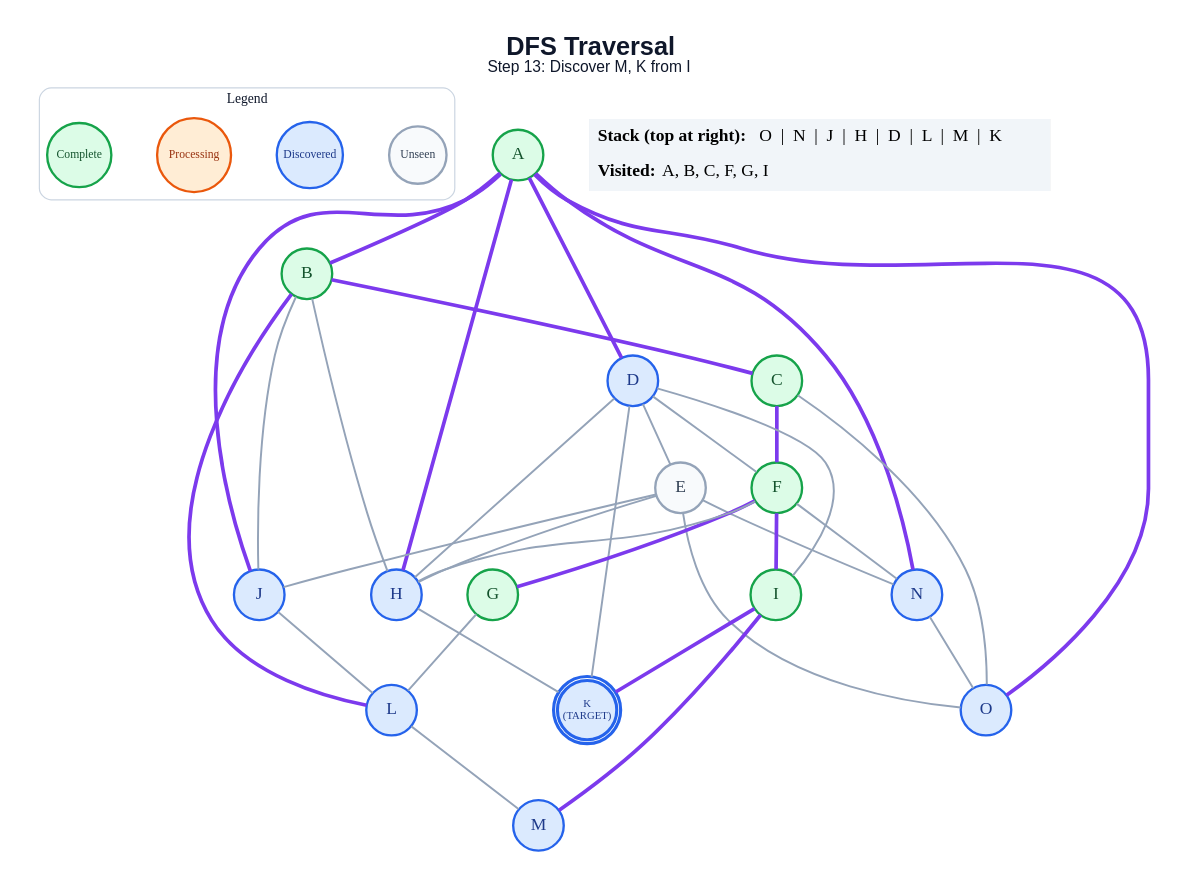
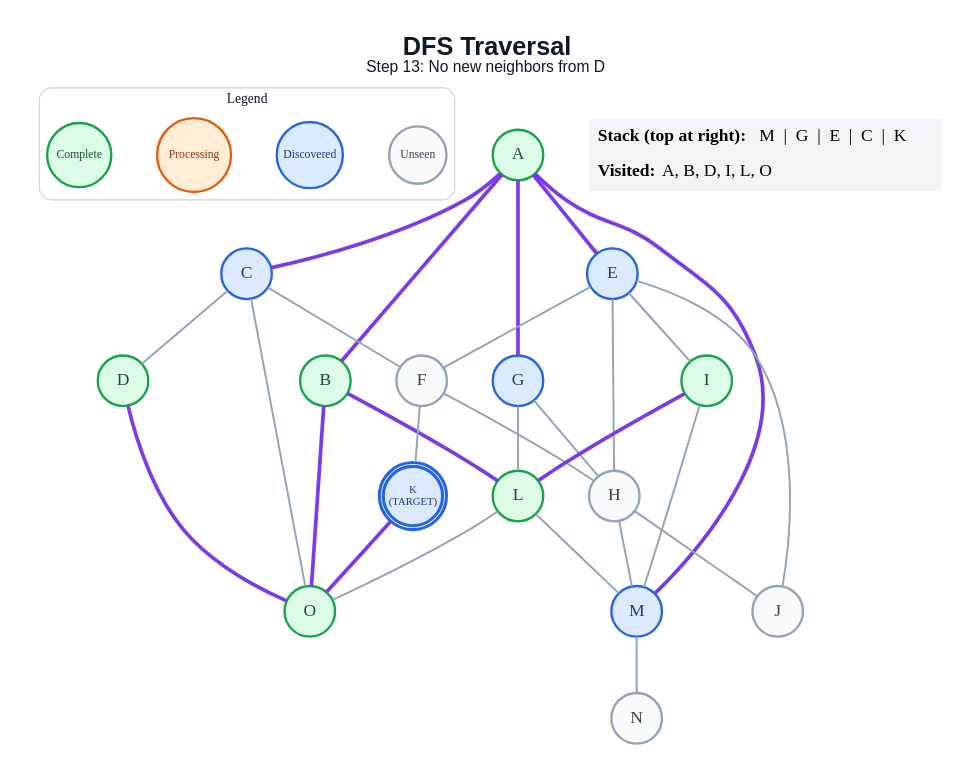
The diagram in generated/dfs/step_13.dot (anon7238593-create/ai-slop), drawn with Graphviz before and after one commit. The commit also changed 263 other files, not shown here.

```diff
--- a/generated/dfs/step_13.dot
+++ b/generated/dfs/step_13.dot
@@ -1,66 +1,61 @@
 graph traversal {
   graph [layout=dot, rankdir=TB, bgcolor="#FFFFFF", pad="0.35", nodesep="0.65", ranksep="0.8", fontname="Arial"];
   node [shape=circle, style="filled", fontname="Arial Bold", fontsize=18, width=0.72, fixedsize=true, penwidth=2.4];
   edge [color="#94A3B8", penwidth=2.0];
-  label=<<B>DFS Traversal</B><BR/><FONT POINT-SIZE="16">Step 13: Discover M, K from I</FONT>>; labelloc="t"; fontsize=26; fontname="Arial"; fontcolor="#0F172A";
+  label=<<B>DFS Traversal</B><BR/><FONT POINT-SIZE="16">Step 13: No new neighbors from D</FONT>>; labelloc="t"; fontsize=26; fontname="Arial"; fontcolor="#0F172A";
   subgraph cluster_legend { label="Legend"; color="#CBD5E1"; penwidth=1.2; style="rounded"; fontsize=14; fontname="Arial Bold";
     key_unseen [label="Unseen", fillcolor="#F8FAFC", color="#94A3B8", fontcolor="#334155", fontsize=12, width=0.82];
     key_frontier [label="Discovered", fillcolor="#DBEAFE", color="#2563EB", fontcolor="#1E3A8A", fontsize=12, width=0.95];
     key_current [label="Processing", fillcolor="#FFEDD5", color="#EA580C", fontcolor="#9A3412", fontsize=12, width=1.05];
     key_done [label="Complete", fillcolor="#DCFCE7", color="#16A34A", fontcolor="#14532D", fontsize=12, width=0.92];
     { rank=same; key_unseen; key_frontier; key_current; key_done; }
   }
   A [label="A", fillcolor="#DCFCE7", color="#16A34A", fontcolor="#14532D", peripheries=1, penwidth=2.4];
   B [label="B", fillcolor="#DCFCE7", color="#16A34A", fontcolor="#14532D", peripheries=1, penwidth=2.4];
-  C [label="C", fillcolor="#DCFCE7", color="#16A34A", fontcolor="#14532D", peripheries=1, penwidth=2.4];
-  D [label="D", fillcolor="#DBEAFE", color="#2563EB", fontcolor="#1E3A8A", peripheries=1, penwidth=2.4];
-  E [label="E", fillcolor="#F8FAFC", color="#94A3B8", fontcolor="#334155", peripheries=1, penwidth=2.4];
-  F [label="F", fillcolor="#DCFCE7", color="#16A34A", fontcolor="#14532D", peripheries=1, penwidth=2.4];
-  G [label="G", fillcolor="#DCFCE7", color="#16A34A", fontcolor="#14532D", peripheries=1, penwidth=2.4];
-  H [label="H", fillcolor="#DBEAFE", color="#2563EB", fontcolor="#1E3A8A", peripheries=1, penwidth=2.4];
+  C [label="C", fillcolor="#DBEAFE", color="#2563EB", fontcolor="#1E3A8A", peripheries=1, penwidth=2.4];
+  D [label="D", fillcolor="#DCFCE7", color="#16A34A", fontcolor="#14532D", peripheries=1, penwidth=2.4];
+  E [label="E", fillcolor="#DBEAFE", color="#2563EB", fontcolor="#1E3A8A", peripheries=1, penwidth=2.4];
+  F [label="F", fillcolor="#F8FAFC", color="#94A3B8", fontcolor="#334155", peripheries=1, penwidth=2.4];
+  G [label="G", fillcolor="#DBEAFE", color="#2563EB", fontcolor="#1E3A8A", peripheries=1, penwidth=2.4];
+  H [label="H", fillcolor="#F8FAFC", color="#94A3B8", fontcolor="#334155", peripheries=1, penwidth=2.4];
   I [label="I", fillcolor="#DCFCE7", color="#16A34A", fontcolor="#14532D", peripheries=1, penwidth=2.4];
-  J [label="J", fillcolor="#DBEAFE", color="#2563EB", fontcolor="#1E3A8A", peripheries=1, penwidth=2.4];
+  J [label="J", fillcolor="#F8FAFC", color="#94A3B8", fontcolor="#334155", peripheries=1, penwidth=2.4];
   K [label="K\n(TARGET)", fillcolor="#DBEAFE", color="#2563EB", fontcolor="#1E3A8A", peripheries=2, penwidth=3.2, fontsize=11, width=0.85, height=0.85];
-  L [label="L", fillcolor="#DBEAFE", color="#2563EB", fontcolor="#1E3A8A", peripheries=1, penwidth=2.4];
+  L [label="L", fillcolor="#DCFCE7", color="#16A34A", fontcolor="#14532D", peripheries=1, penwidth=2.4];
   M [label="M", fillcolor="#DBEAFE", color="#2563EB", fontcolor="#1E3A8A", peripheries=1, penwidth=2.4];
-  N [label="N", fillcolor="#DBEAFE", color="#2563EB", fontcolor="#1E3A8A", peripheries=1, penwidth=2.4];
-  O [label="O", fillcolor="#DBEAFE", color="#2563EB", fontcolor="#1E3A8A", peripheries=1, penwidth=2.4];
+  N [label="N", fillcolor="#F8FAFC", color="#94A3B8", fontcolor="#334155", peripheries=1, penwidth=2.4];
+  O [label="O", fillcolor="#DCFCE7", color="#16A34A", fontcolor="#14532D", peripheries=1, penwidth=2.4];
   A -- B [color="#7C3AED", penwidth=3.8];
-  A -- D [color="#7C3AED", penwidth=3.8];
-  A -- H [color="#7C3AED", penwidth=3.8];
-  A -- J [color="#7C3AED", penwidth=3.8];
-  A -- N [color="#7C3AED", penwidth=3.8];
-  A -- O [color="#7C3AED", penwidth=3.8];
-  B -- C [color="#7C3AED", penwidth=3.8];
-  B -- H;
-  B -- J;
+  A -- C [color="#7C3AED", penwidth=3.8];
+  A -- E [color="#7C3AED", penwidth=3.8];
+  A -- G [color="#7C3AED", penwidth=3.8];
+  A -- M [color="#7C3AED", penwidth=3.8];
   B -- L [color="#7C3AED", penwidth=3.8];
-  C -- F [color="#7C3AED", penwidth=3.8];
+  B -- O [color="#7C3AED", penwidth=3.8];
+  C -- D;
+  C -- F;
   C -- O;
-  D -- E;
-  D -- F;
-  D -- H;
-  D -- I;
-  D -- K;
+  D -- O [color="#7C3AED", penwidth=3.8];
+  E -- F;
   E -- H;
+  E -- I;
   E -- J;
-  E -- N;
-  E -- O;
-  F -- G [color="#7C3AED", penwidth=3.8];
   F -- H;
-  F -- I [color="#7C3AED", penwidth=3.8];
-  F -- N;
+  F -- K;
+  G -- H;
   G -- L;
-  H -- K;
-  I -- K [color="#7C3AED", penwidth=3.8];
-  I -- M [color="#7C3AED", penwidth=3.8];
-  J -- L;
+  H -- J;
+  H -- M;
+  I -- L [color="#7C3AED", penwidth=3.8];
+  I -- M;
+  K -- O [color="#7C3AED", penwidth=3.8];
   L -- M;
-  N -- O;
+  L -- O;
+  M -- N;
   status [shape=plain, fixedsize=false, width=0, height=0, margin=0, label=<
     <TABLE BORDER="0" CELLBORDER="0" CELLPADDING="7" BGCOLOR="#F1F5F9">
-      <TR><TD ALIGN="LEFT"><B>Stack (top at right):</B> O  |  N  |  J  |  H  |  D  |  L  |  M  |  K</TD></TR>
-      <TR><TD ALIGN="LEFT"><B>Visited:</B> A, B, C, F, G, I</TD></TR>
+      <TR><TD ALIGN="LEFT"><B>Stack (top at right):</B> M  |  G  |  E  |  C  |  K</TD></TR>
+      <TR><TD ALIGN="LEFT"><B>Visited:</B> A, B, D, I, L, O</TD></TR>
     </TABLE>
   >];
 }
```
